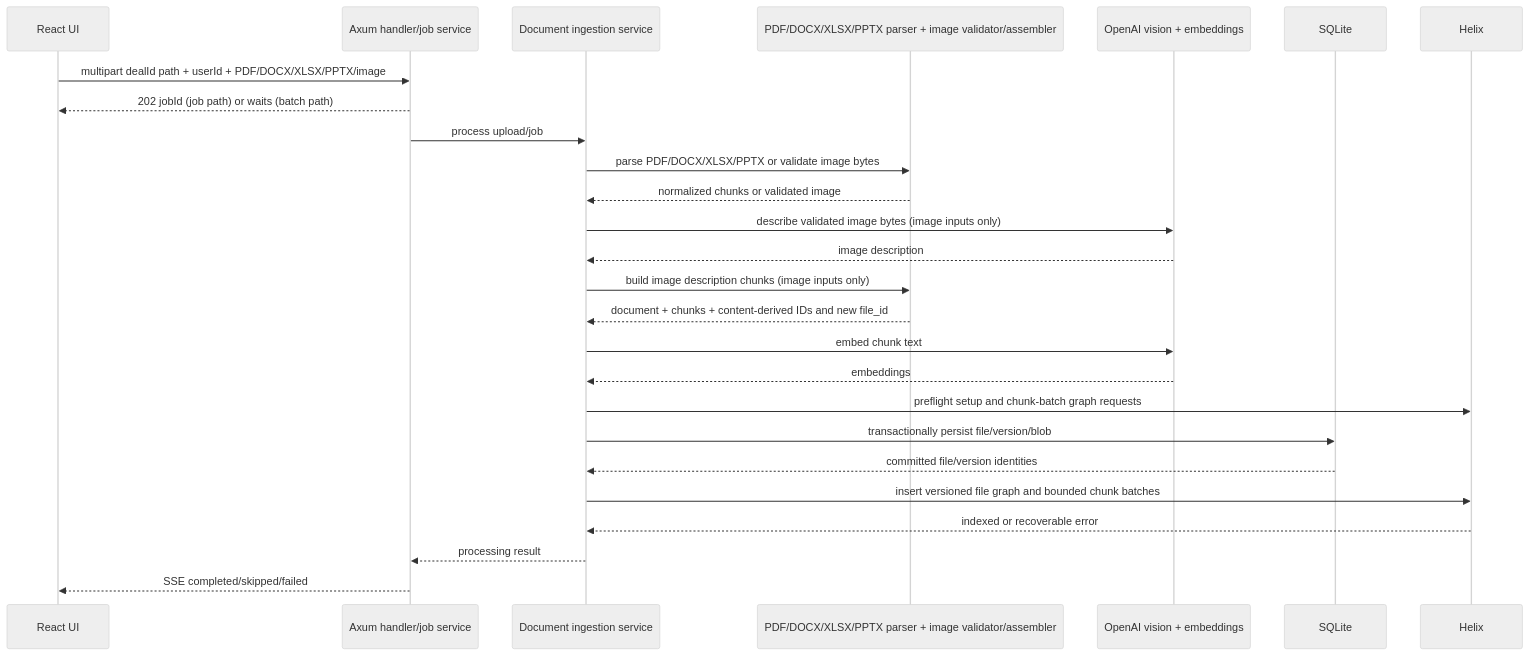
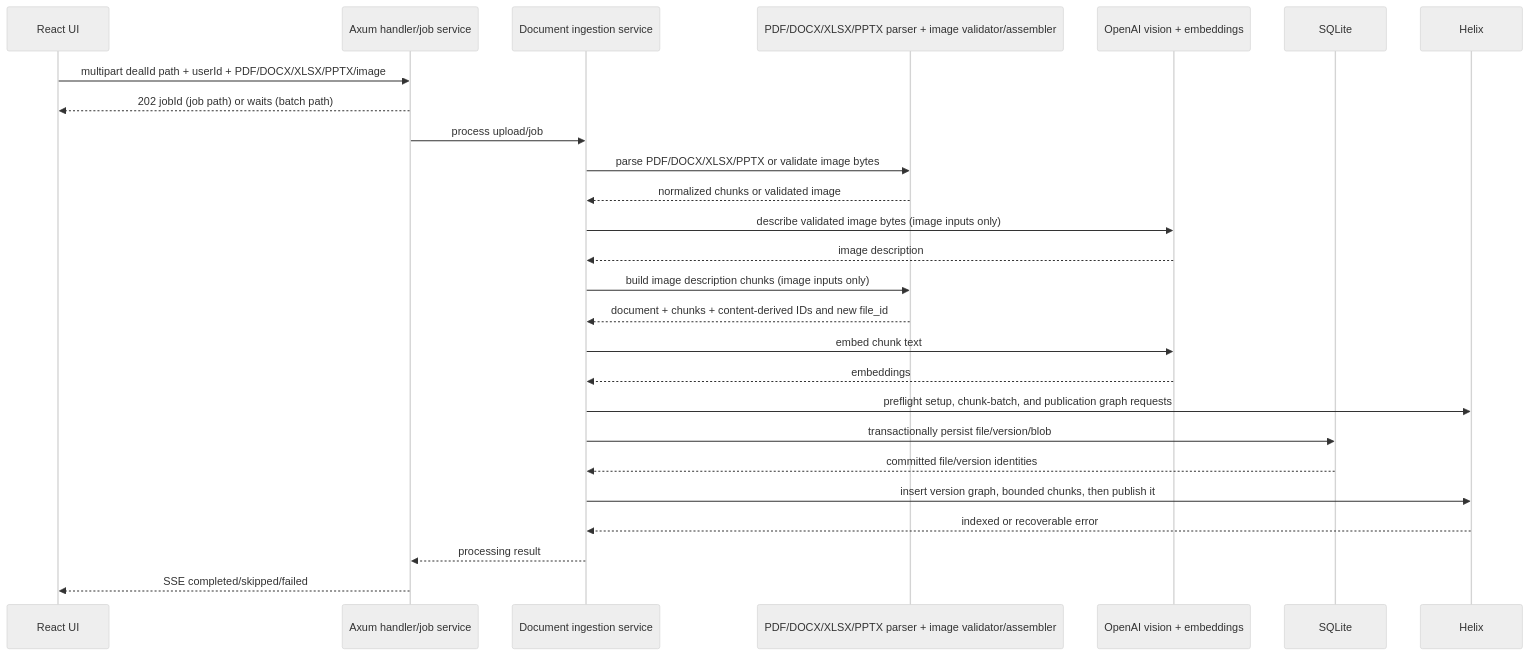
The third of 3 diagrams in docs/ARCHITECTURE.md (ratik-gambhir-WM/Quarry), drawn with Mermaid (neutral theme) before and after one commit. The commit also changed other lines of this file and 10 other files, not shown here.

````diff
--- a/docs/ARCHITECTURE.md
+++ b/docs/ARCHITECTURE.md
@@ -1070,29 +1074,29 @@
 ```mermaid
 sequenceDiagram
     participant UI as React UI
     participant API as Axum handler/job service
     participant Ingestion as Document ingestion service
     participant Parser as PDF/DOCX/XLSX/PPTX parser + image validator/assembler
     participant AI as OpenAI vision + embeddings
     participant SQL as SQLite
     participant H as Helix
 
     UI->>API: multipart dealId path + userId + PDF/DOCX/XLSX/PPTX/image
     API-->>UI: 202 jobId (job path) or waits (batch path)
     API->>Ingestion: process upload/job
     Ingestion->>Parser: parse PDF/DOCX/XLSX/PPTX or validate image bytes
     Parser-->>Ingestion: normalized chunks or validated image
     Ingestion->>AI: describe validated image bytes (image inputs only)
     AI-->>Ingestion: image description
     Ingestion->>Parser: build image description chunks (image inputs only)
     Parser-->>Ingestion: document + chunks + content-derived IDs and new file_id
     Ingestion->>AI: embed chunk text
     AI-->>Ingestion: embeddings
-    Ingestion->>H: preflight setup and chunk-batch graph requests
+    Ingestion->>H: preflight setup, chunk-batch, and publication graph requests
     Ingestion->>SQL: transactionally persist file/version/blob
     SQL-->>Ingestion: committed file/version identities
-    Ingestion->>H: insert versioned file graph and bounded chunk batches
+    Ingestion->>H: insert version graph, bounded chunks, then publish it
     H-->>Ingestion: indexed or recoverable error
     Ingestion-->>API: processing result
     API-->>UI: SSE completed/skipped/failed
 ```
````
